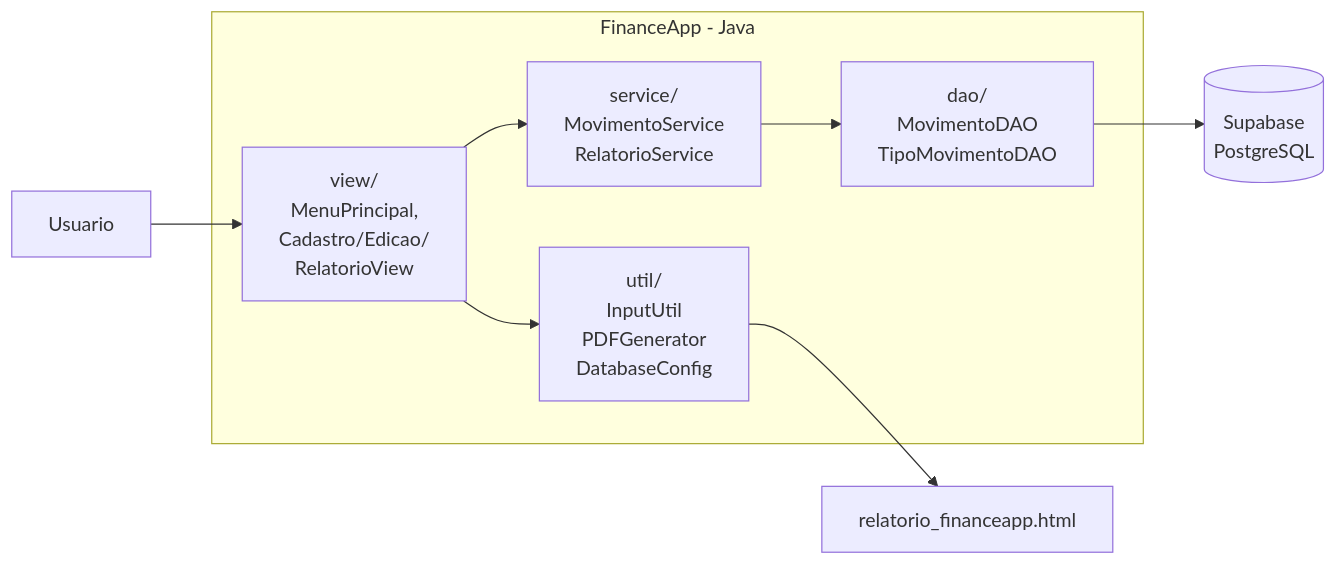
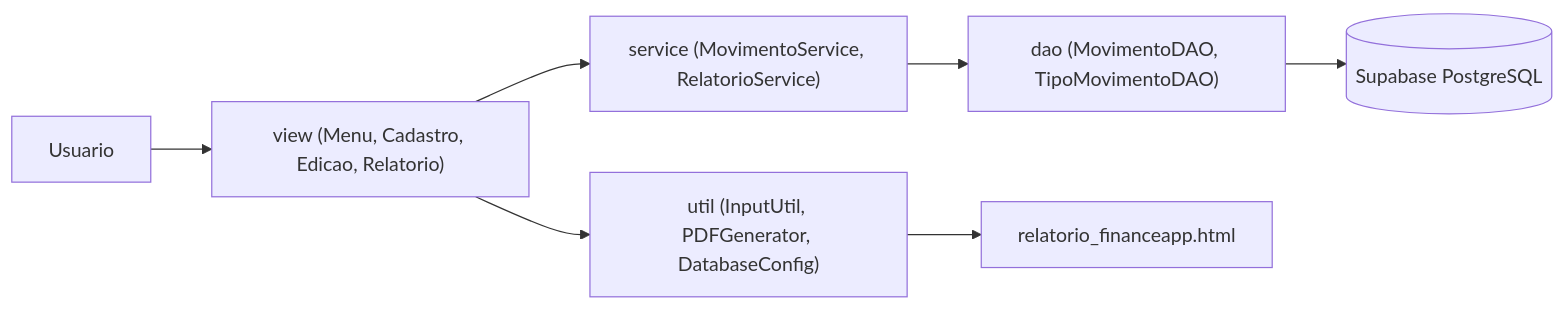
One commit to guilhermelorec/financeApp changed the first of 4 diagrams in README.md. Above: the diagram before and after it, drawn with Mermaid. The commit also changed other lines of this file and 6 other files, not shown here.

````diff
--- a/README.md
+++ b/README.md
@@ -25,19 +25,9 @@
 ```mermaid
 flowchart LR
-    User[Usuario]
-    subgraph App[FinanceApp - Java]
-        View[view/<br/>MenuPrincipal,<br/>Cadastro/Edicao/<br/>RelatorioView]
-        Service[service/<br/>MovimentoService<br/>RelatorioService]
-        DAO[dao/<br/>MovimentoDAO<br/>TipoMovimentoDAO]
-        Util[util/<br/>InputUtil<br/>PDFGenerator<br/>DatabaseConfig]
-    end
-    DB[(Supabase<br/>PostgreSQL)]
-    PDF[relatorio_financeapp.html]
-
-    User --> View
-    View --> Service
-    Service --> DAO
-    DAO --> DB
-    View --> Util
-    Util --> PDF
+    User[Usuario] --> View["view (Menu, Cadastro, Edicao, Relatorio)"]
+    View --> Service["service (MovimentoService, RelatorioService)"]
+    Service --> DAO["dao (MovimentoDAO, TipoMovimentoDAO)"]
+    DAO --> DB[(Supabase PostgreSQL)]
+    View --> Util["util (InputUtil, PDFGenerator, DatabaseConfig)"]
+    Util --> PDF[relatorio_financeapp.html]
 ```
````
